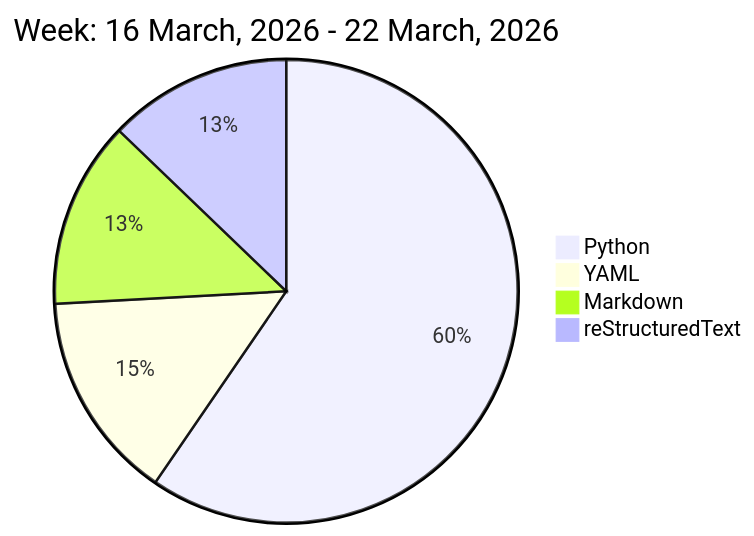
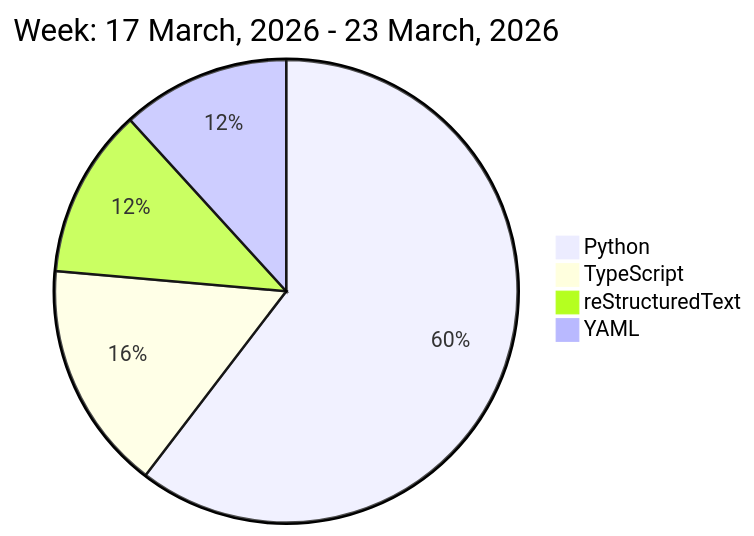
The diagram in README.md (liubin95/liubin95), drawn with Mermaid before and after one commit.

Commit message:
Updated the Graph with new Metrics

````diff
--- a/README.md
+++ b/README.md
@@ -32,8 +32,8 @@
 ```mermaid
  pie
-title Week: 16 March, 2026 - 22 March, 2026
- "Python" : 12.87
- "YAML" : 3.15
- "Markdown" : 2.82
- "reStructuredText" : 2.77
+title Week: 17 March, 2026 - 23 March, 2026
+ "Python" : 14.53
+ "TypeScript" : 3.85
+ "reStructuredText" : 2.85
+ "YAML" : 2.83
 ```
````
